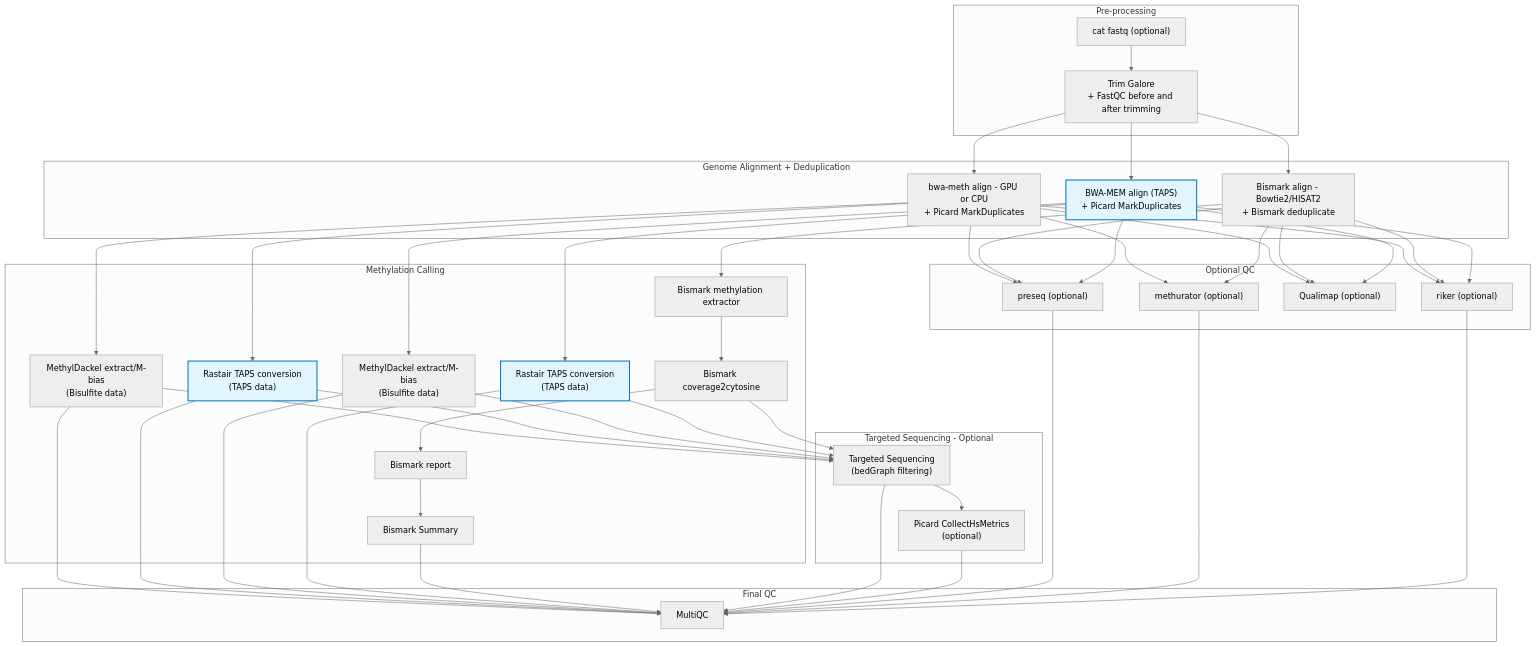
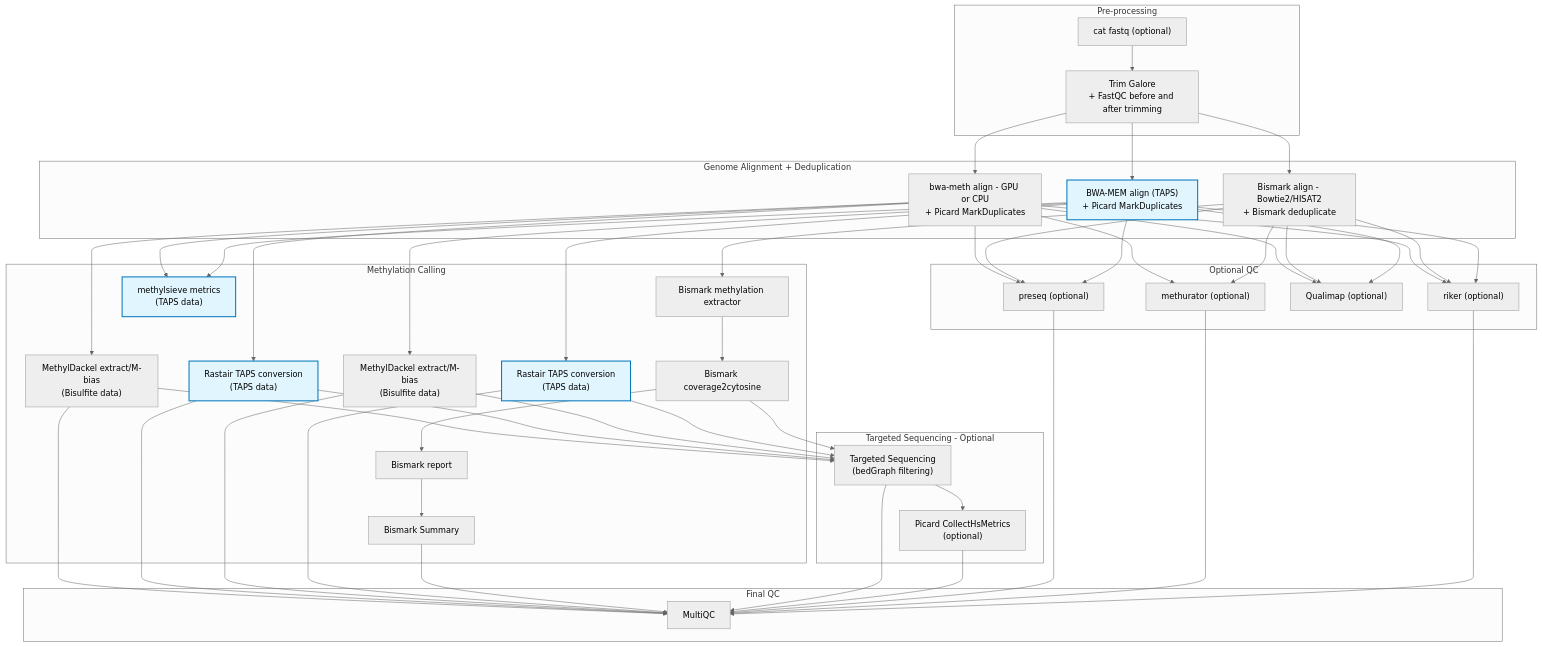
Before and after one commit to nf-core/methylseq: the diagram in docs/usage.md, drawn with Mermaid (neutral theme). The commit also changed other lines of this file and 39 other files, not shown here.

First line of the commit message:
Run methylsieve next to rastair for conversion and M-bias metrics

````diff
--- a/docs/usage.md
+++ b/docs/usage.md
@@ -33,65 +33,68 @@
 ```mermaid
 flowchart TD
     subgraph Stage1[Pre-processing]
         A["cat fastq (optional)"] --> C["Trim Galore<br/>+ FastQC before and after trimming"]
     end
 
     subgraph Stage2[Genome Alignment + Deduplication]
         C --> D1["bwa-meth align - GPU or CPU<br/>+ Picard MarkDuplicates"]
         C --> D2["Bismark align - Bowtie2/HISAT2<br/>+ Bismark deduplicate"]
         C --> D3["BWA-MEM align (TAPS)<br/>+ Picard MarkDuplicates"]
     end
 
     subgraph Stage3[Methylation Calling]
         D1 --> E1["MethylDackel extract/M-bias<br/>(Bisulfite data)"]
         D1 --> E2["Rastair TAPS conversion<br/>(TAPS data)"]
 
         D2 --> F1["Bismark methylation extractor"]
         F1 --> F2["Bismark coverage2cytosine"]
         F2 --> F3["Bismark report"]
         F3 --> F4["Bismark Summary"]
 
         D3 --> E3["MethylDackel extract/M-bias<br/>(Bisulfite data)"]
         D3 --> E4["Rastair TAPS conversion<br/>(TAPS data)"]
+
+        D1 --> E5["methylsieve metrics<br/>(TAPS data)"]
+        D3 --> E5
     end
 
     subgraph Stage3b[Targeted Sequencing - Optional]
         E1 --> I1["Targeted Sequencing<br/>(bedGraph filtering)"]
         E2 --> I1
         E3 --> I1
         E4 --> I1
         F2 --> I1
         I1 --> I2["Picard CollectHsMetrics<br/>(optional)"]
     end
 
     subgraph Stage3c[Optional QC]
         D1 --> J1["preseq (optional)"]
         D2 --> J1
         D3 --> J1
         D1 --> J2["methurator (optional)"]
         D2 --> J2
         D1 --> J3["Qualimap (optional)"]
         D2 --> J3
         D3 --> J3
         D1 --> J4["riker (optional)"]
         D2 --> J4
         D3 --> J4
     end
 
     subgraph Stage4[Final QC]
         E1 --> H1["MultiQC"]
         E2 --> H1
         E3 --> H1
         E4 --> H1
         F4 --> H1
         I1 --> H1
         I2 --> H1
         J1 --> H1
         J2 --> H1
         J4 --> H1
     end
 
     %% Styling for TAPS workflows
     classDef tapsStyle fill:#e1f5fe,stroke:#0277bd,stroke-width:2px
-    class D3,E2,E4 tapsStyle
+    class D3,E2,E4,E5 tapsStyle
 ```
````
